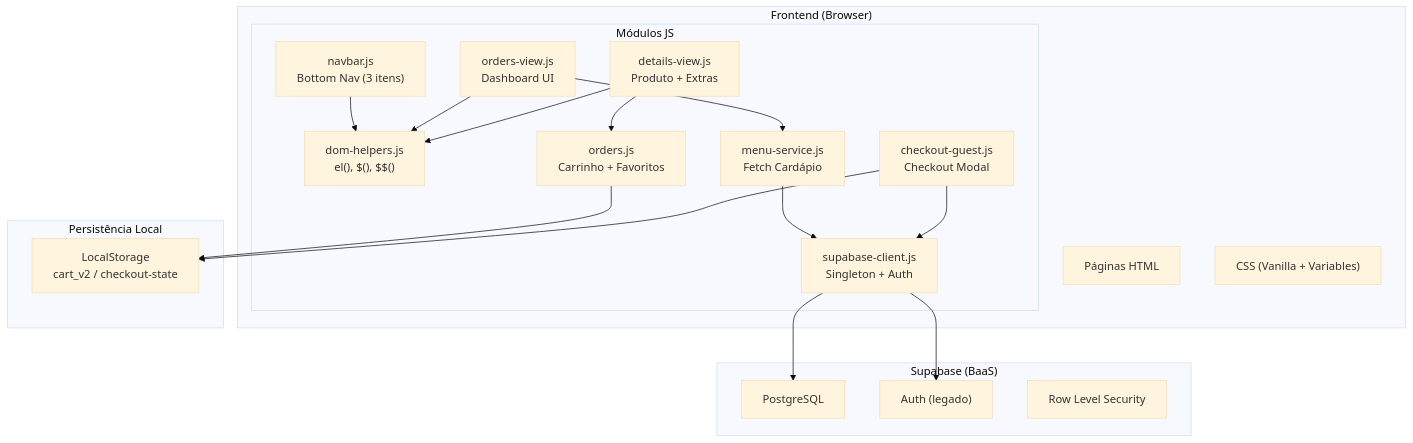
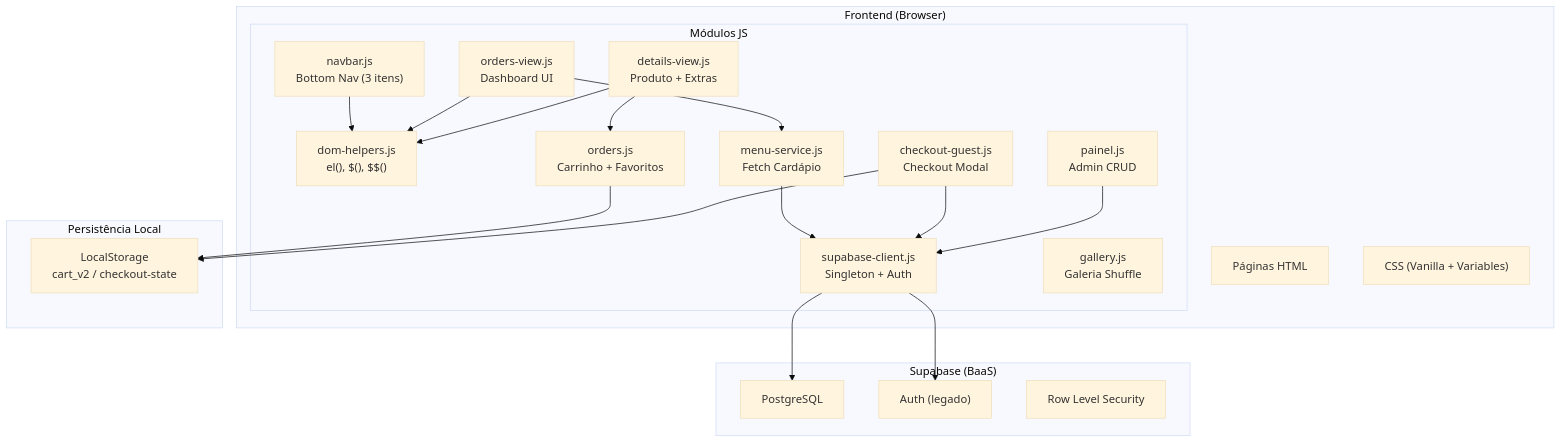
The first of 4 diagrams in AGENTS.md (furbas16e8/BarLosHermanos), drawn with Mermaid (base theme) before and after one commit. The commit also changed other lines of this file and 8 other files, not shown here.

First line of the commit message:
feat(agenda): add admin calendar with events CRUD and dynamic landing page

````diff
--- a/AGENTS.md
+++ b/AGENTS.md
@@ -170,40 +167,43 @@
 ```mermaid
 graph TB
     subgraph "Frontend (Browser)"
         HTML["Páginas HTML"]
         CSS["CSS (Vanilla + Variables)"]
 
         subgraph "Módulos JS"
             SC["supabase-client.js<br>Singleton + Auth"]
             DH["dom-helpers.js<br>el(), $(), $$()"]
             NB["navbar.js<br>Bottom Nav (3 itens)"]
             MS["menu-service.js<br>Fetch Cardápio"]
             OV["orders-view.js<br>Dashboard UI"]
             DV["details-view.js<br>Produto + Extras"]
             OJ["orders.js<br>Carrinho + Favoritos"]
             CG["checkout-guest.js<br>Checkout Modal"]
+            PN["painel.js<br>Admin CRUD"]
+            GL["gallery.js<br>Galeria Shuffle"]
         end
     end
 
     subgraph "Persistência Local"
         LS["LocalStorage<br>cart_v2 / checkout-state"]
     end
 
     subgraph "Supabase (BaaS)"
         DB["PostgreSQL"]
         AUTH["Auth (legado)"]
         RLS["Row Level Security"]
     end
 
     SC --> DB
     SC --> AUTH
     MS --> SC
     OV --> MS
     OJ --> LS
     CG --> LS
     CG --> SC
     DV --> OJ
     NB --> DH
     OV --> DH
     DV --> DH
+    PN --> SC
 ```
````
